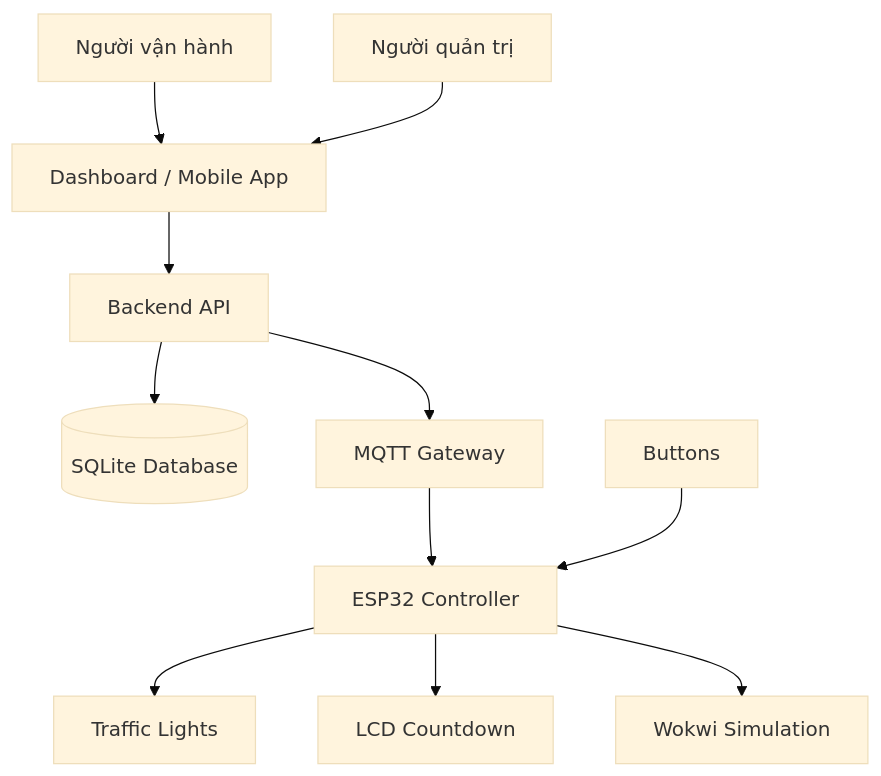
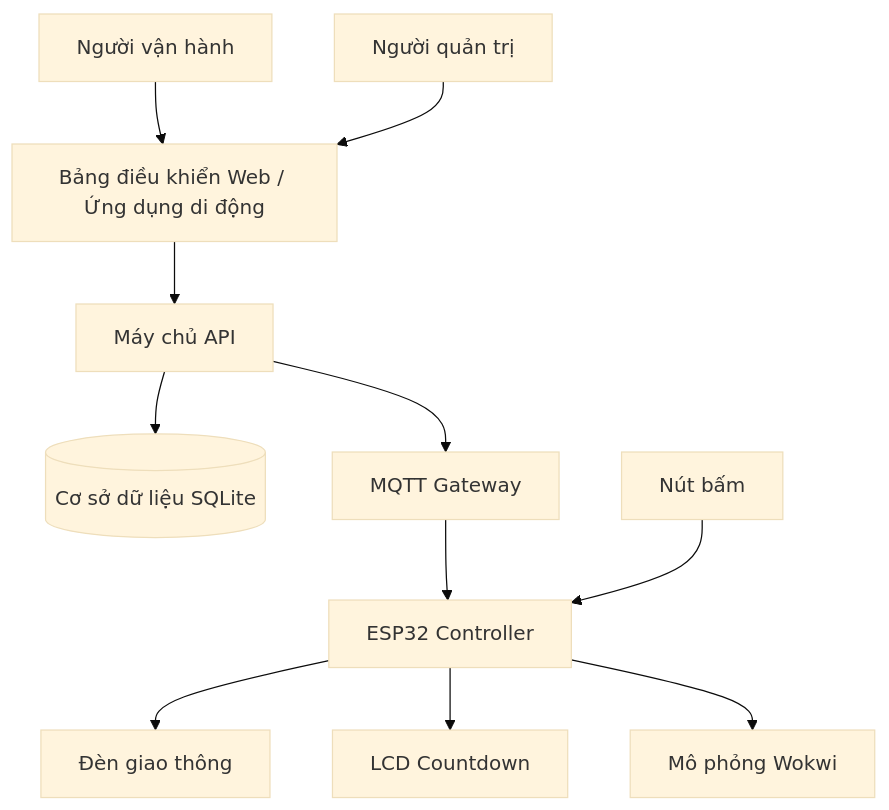
The first of 7 diagrams in 09_so_do_thiet_ke.md (xuanhai0913/iot-traffic-light-wokwi), drawn with Mermaid (base theme) before and after one commit. The commit also changed other lines of this file and 1 other file, not shown here.

Commit message:
Fix review comments - Vietnamese diagrams and consistency

````diff
--- a/09_so_do_thiet_ke.md
+++ b/09_so_do_thiet_ke.md
@@ -37,43 +37,43 @@
 ```mermaid
 flowchart TD
 
-Operator["Người vận hành"]
-Admin["Người quản trị"]
+NguoiVanHanh["Người vận hành"]
+QuanTri["Người quản trị"]
 
-Dashboard["Dashboard / Mobile App"]
+BangDieuKhien["Bảng điều khiển Web / Ứng dụng di động"]
 
-Backend["Backend API"]
+MayChu["Máy chủ API"]
 
-Database[("SQLite Database")]
+CoSoDuLieu[("Cơ sở dữ liệu SQLite")]
 
 MQTT["MQTT Gateway"]
 
 ESP32["ESP32 Controller"]
 
-Wokwi["Wokwi Simulation"]
+Wokwi["Mô phỏng Wokwi"]
 
-Lights["Traffic Lights"]
+DenGiaoThong["Đèn giao thông"]
 
 LCD["LCD Countdown"]
 
-Button["Buttons"]
+NutBam["Nút bấm"]
 
 
-Operator --> Dashboard
-Admin --> Dashboard
+NguoiVanHanh --> BangDieuKhien
+QuanTri --> BangDieuKhien
 
-Dashboard --> Backend
+BangDieuKhien --> MayChu
 
-Backend --> Database
+MayChu --> CoSoDuLieu
 
-Backend --> MQTT
+MayChu --> MQTT
 
 MQTT --> ESP32
 
-ESP32 --> Lights
+ESP32 --> DenGiaoThong
 ESP32 --> LCD
 
-Button --> ESP32
+NutBam --> ESP32
 
 ESP32 --> Wokwi
 ```
````
